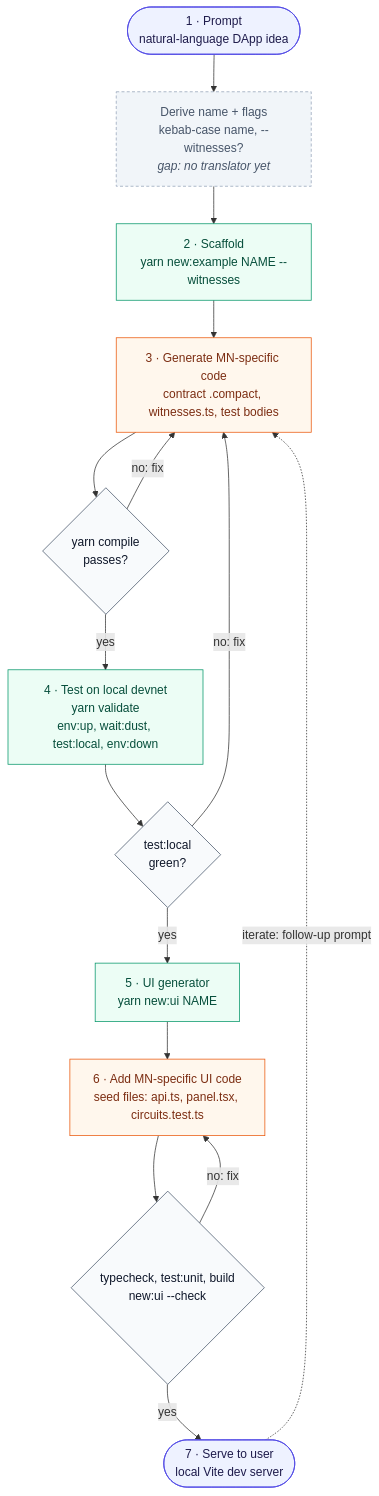
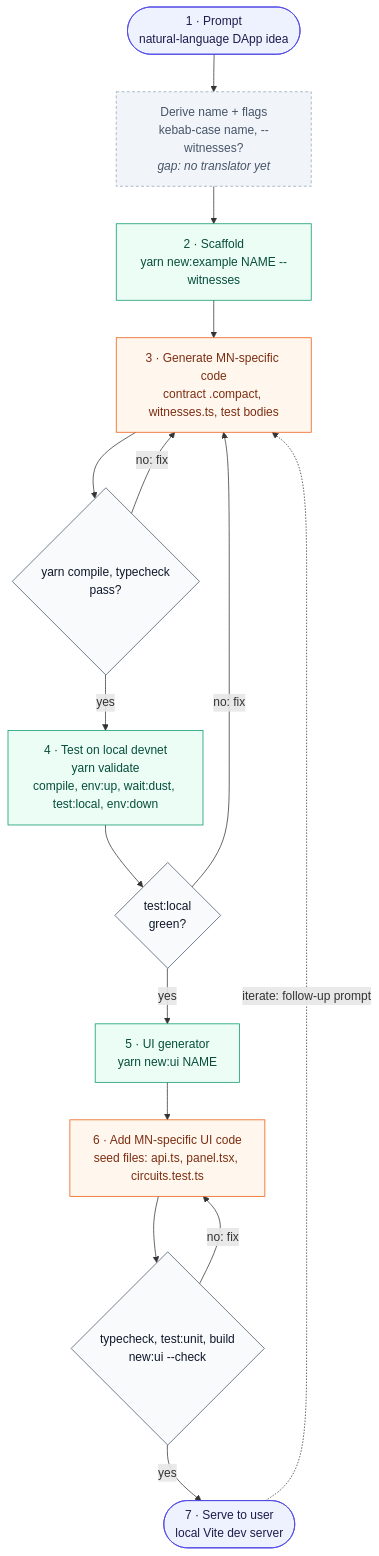
The second of 2 diagrams in docs/generation-flow.md (midnightntwrk/midnight-examples), drawn with Mermaid before and after one commit. The commit also changed other lines of this file and 24 other files, not shown here.

First line of the commit message:
Make the generation-flow gates honest and cut step-3 context

````diff
--- a/docs/generation-flow.md
+++ b/docs/generation-flow.md
@@ -28,29 +28,29 @@
 ```mermaid
 flowchart TD
   P(["1 · Prompt<br/>natural-language DApp idea"]):::io
   T["Derive name + flags<br/>kebab-case name, --witnesses?<br/><i>gap: no translator yet</i>"]:::gap
   S["2 · Scaffold<br/>yarn new:example NAME --witnesses"]:::script
   R1["3 · Generate MN-specific code<br/>contract .compact, witnesses.ts, test bodies"]:::reason
-  C{"yarn compile<br/>passes?"}:::gate
-  D["4 · Test on local devnet<br/>yarn validate<br/>env:up, wait:dust, test:local, env:down"]:::script
+  C{"yarn compile, typecheck<br/>pass?"}:::gate
+  D["4 · Test on local devnet<br/>yarn validate<br/>compile, env:up, wait:dust, test:local, env:down"]:::script
   G{"test:local<br/>green?"}:::gate
   U["5 · UI generator<br/>yarn new:ui NAME"]:::script
   R2["6 · Add MN-specific UI code<br/>seed files: api.ts, panel.tsx, circuits.test.ts"]:::reason
   B{"typecheck, test:unit, build<br/>new:ui --check"}:::gate
   O(["7 · Serve to user<br/>local Vite dev server"]):::io
 
   P --> T --> S --> R1 --> C
   C -- "no: fix" --> R1
   C -- yes --> D --> G
   G -- "no: fix" --> R1
   G -- yes --> U --> R2 --> B
   B -- "no: fix" --> R2
   B -- yes --> O
   O -. "iterate: follow-up prompt" .-> R1
 
   classDef io fill:#eef2ff,stroke:#4f46e5,color:#1e1b4b
   classDef script fill:#ecfdf5,stroke:#059669,color:#064e3b
   classDef reason fill:#fff7ed,stroke:#ea580c,color:#7c2d12
   classDef gate fill:#f8fafc,stroke:#475569,color:#0f172a
   classDef gap fill:#f1f5f9,stroke:#94a3b8,color:#475569,stroke-dasharray: 4 3
 ```
````
